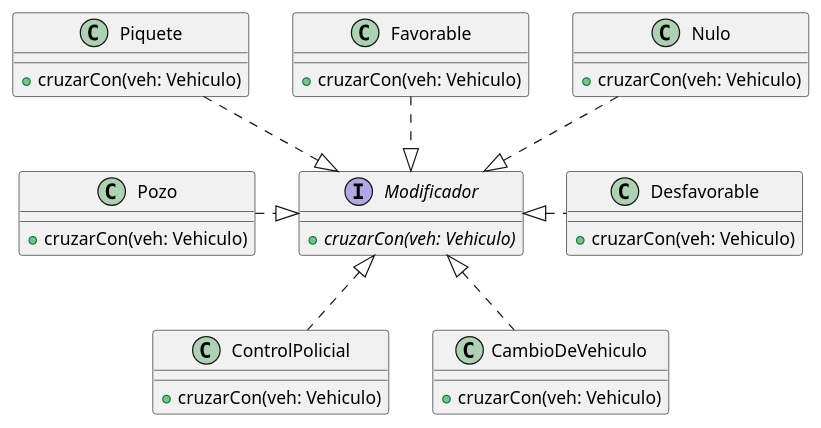
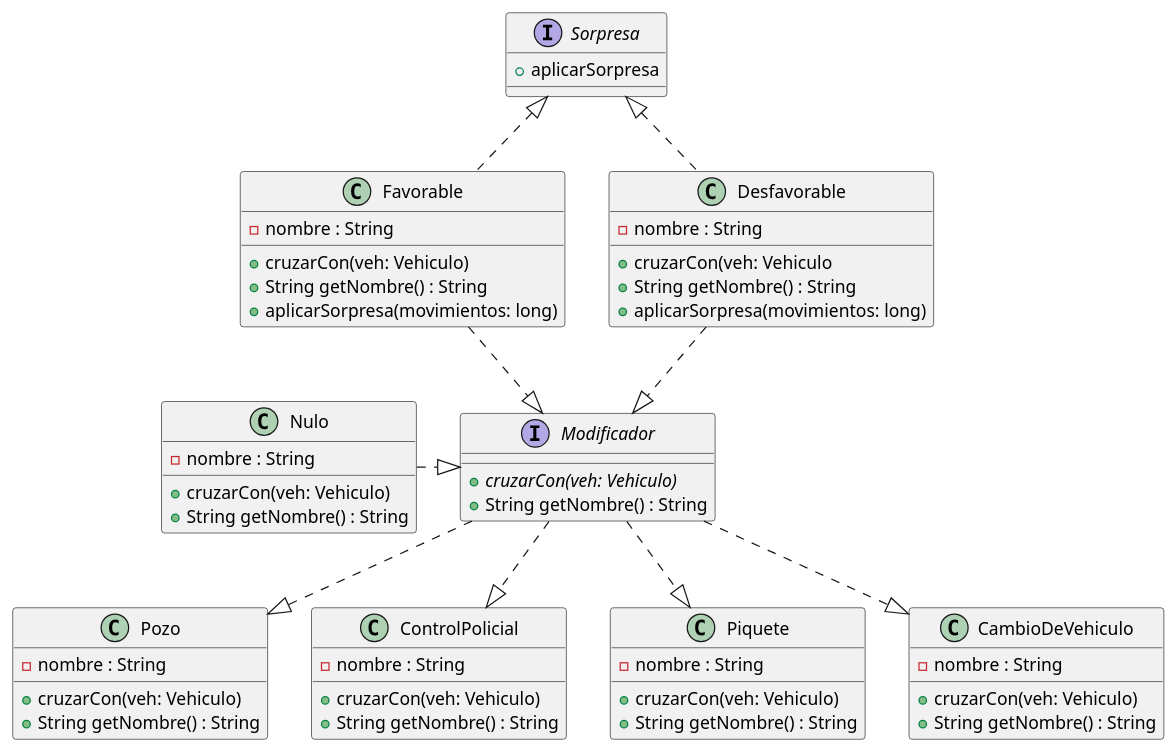
The fifth of 5 diagrams in diagrams/classes/modelo/modelo.plantuml (emtello/algo3_tp2_1C2022), drawn with PlantUML before and after one commit. The commit also changed other lines of this file and 5 other files, not shown here.

Commit message:
update de diagramas

```diff
--- a/diagrams/classes/modelo/modelo.plantuml
+++ b/diagrams/classes/modelo/modelo.plantuml
@@ -151,43 +242,74 @@
 @startuml interface-modificador-sorpresa
 
 interface Modificador {
     + {abstract} cruzarCon(veh: Vehiculo)
+    + String getNombre() : String
 }
 
 class Pozo {
+    - nombre : String
     + cruzarCon(veh: Vehiculo)
+    + String getNombre() : String
 }
 
 class ControlPolicial {
+    - nombre : String
     + cruzarCon(veh: Vehiculo)
+    + String getNombre() : String
 }
 
 class Piquete {
+    - nombre : String
     + cruzarCon(veh: Vehiculo)
+    + String getNombre() : String
 }
 
 class Favorable {
+    - nombre : String
     + cruzarCon(veh: Vehiculo)
+    + String getNombre() : String
+    + aplicarSorpresa(movimientos: long)
 }
 
 class Desfavorable {
-    + cruzarCon(veh: Vehiculo)
+    - nombre : String
+    + cruzarCon(veh: Vehiculo
+    + String getNombre() : String
+    + aplicarSorpresa(movimientos: long)
 }
 
 class CambioDeVehiculo {
+    - nombre : String
     + cruzarCon(veh: Vehiculo)
+    + String getNombre() : String
 }
 
 class Nulo {
+    - nombre : String
     + cruzarCon(veh: Vehiculo)
+    + String getNombre() : String
 }
 
-Favorable ..|> Modificador
-Desfavorable .left.|> Modificador
-CambioDeVehiculo .up.|> Modificador
-Pozo .right.|> Modificador
-Piquete ..|> Modificador
-ControlPolicial .up.|> Modificador
-Nulo ..|> Modificador
+interface Sorpresa {
+    + aplicarSorpresa
+}
+
+' Favorable ..|> Modificador
+' Desfavorable .down.|> Modificador
+' CambioDeVehiculo .up.|> Modificador
+' Pozo .right.|> Modificador
+' Piquete ..|> Modificador
+' ControlPolicial .up.|> Modificador
+' Nulo ..|> Modificador
+Favorable .down.|> Modificador
+Desfavorable .down.|> Modificador
+Modificador ..|> CambioDeVehiculo
+Modificador ..|> Pozo 
+Modificador ..|> Piquete 
+Modificador ..|>  ControlPolicial 
+Nulo .|> Modificador
+Sorpresa <|.. Favorable
+Sorpresa <|.. Desfavorable
+
 
 @enduml
```
